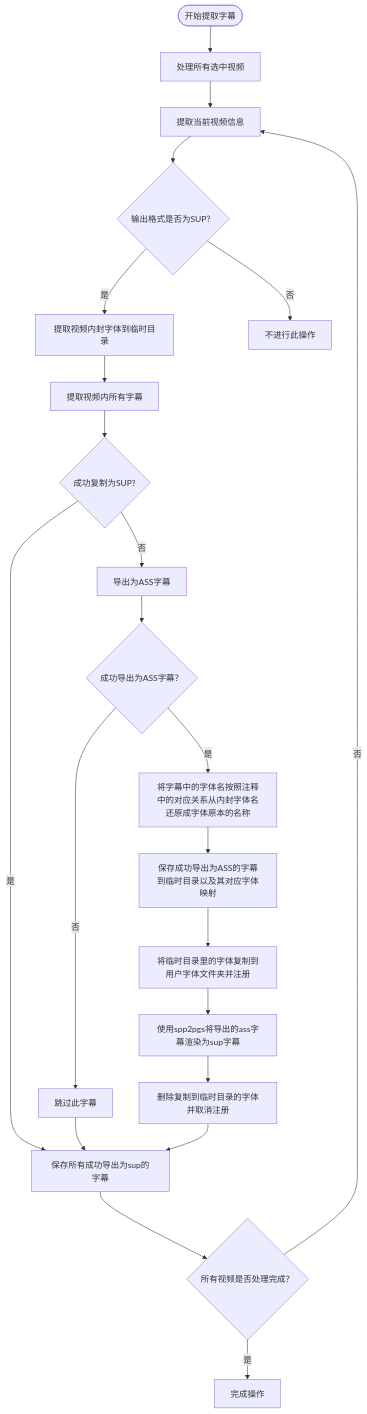
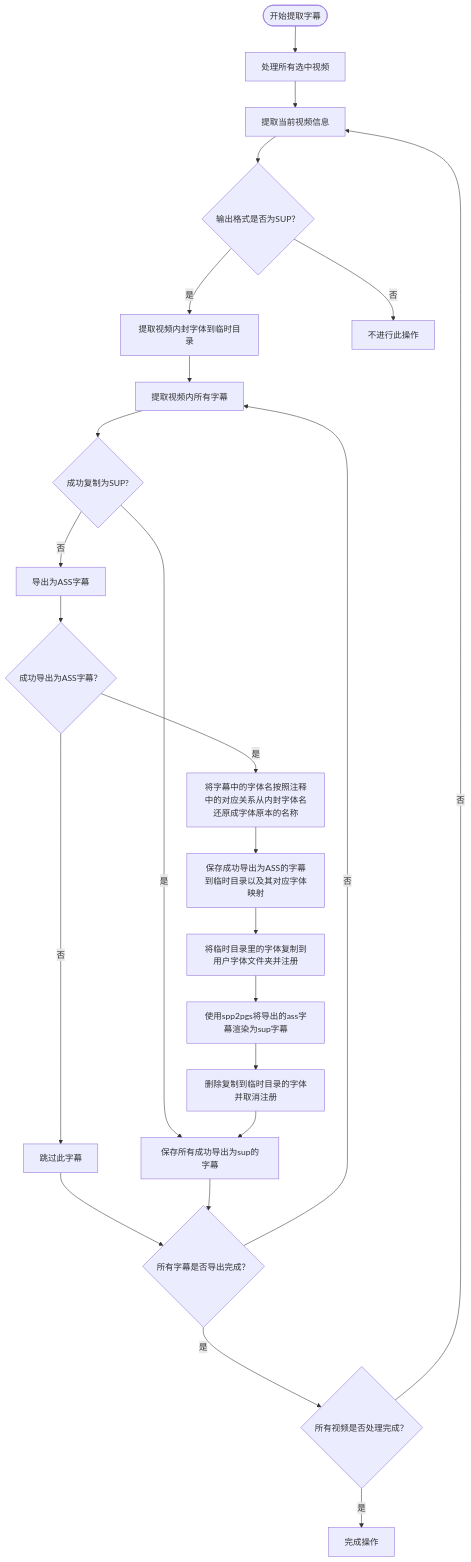
One commit to TCBOMC/Subtitle-Exporter changed the fourth of 4 diagrams in README.md. Above: the diagram before and after it, drawn with Mermaid. The commit also changed other lines of this file, not shown here.

````diff
--- a/README.md
+++ b/README.md
@@ -155,28 +162,31 @@
     ```mermaid
     flowchart TD
     A(["开始提取字幕"]) --> B["处理所有选中视频"]
     C{"输出格式是否为SUP？"} -- 是 --> D@{ label: "<span style=\"color:\">提取视频内封字体到临时目录</span>" }
     C -- 否 --> E["不进行此操作"]
     B --> n1["提取当前视频信息"]
     n1 --> C
     D --> n19["提取视频内所有字幕"]
     n2["保存成功导出为ASS的字幕到临时目录以及其对应字体映射"] --> n3["将临时目录里的字体复制到用户字体文件夹并注册"]
     n3 --> n20["使用spp2pgs将导出的ass字幕渲染为sup字幕"]
     n5["所有视频是否处理完成？"] -- 否 --> n1
     n7["导出为ASS字幕"] --> n16["成功导出为ASS字幕？"]
     n8["成功复制为SUP?"] -- 否 --> n7
     n8 -- 是 --> n9["保存所有成功导出为sup的字幕"]
     n16 -- 是 --> n17["将字幕中的字体名按照注释中的对应关系从内封字体名还原成字体原本的名称"]
     n16 -- 否 --> n18["跳过此字幕"]
-    n18 --> n9
+    n18 --> n22
     n17 --> n2
     n19 --> n8
     n20 --> n21["删除复制到临时目录的字体并取消注册"]
     n21 --> n9
-    n9 --> n5
-    n5 --是--> n14["完成操作"]
+    n9 --> n22@{ label: "<span style=\"color:\">所有字幕是否导出完成？</span>" }
+    n5 -- 是 --> n14["完成操作"]
+    n22 --是--> n5
+    n22 --否--> n19
     D@{ shape: rect}
     n5@{ shape: diam}
     n16@{ shape: diam}
     n8@{ shape: diam}
+    n22@{ shape: diam}
     ```
````
